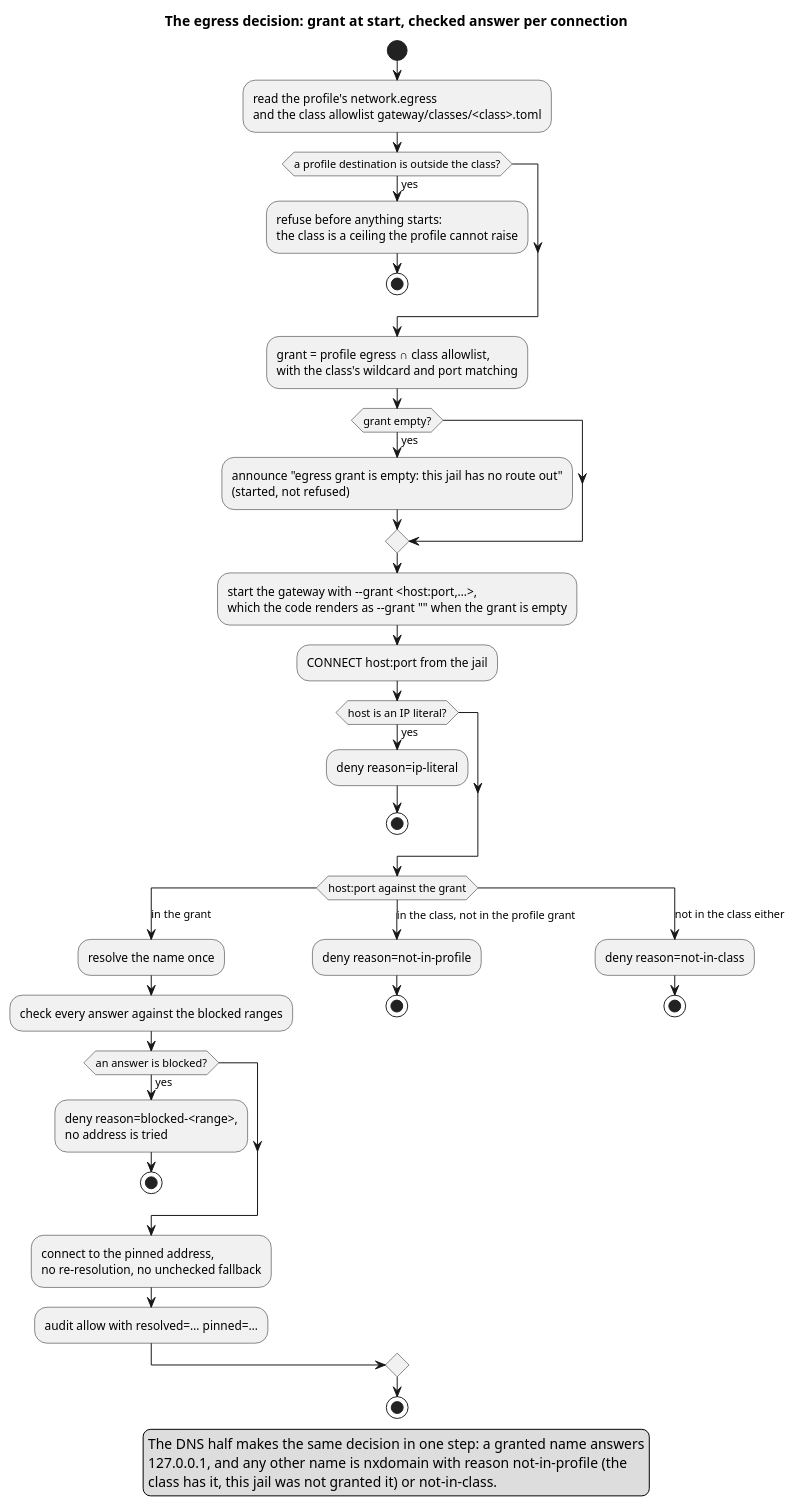
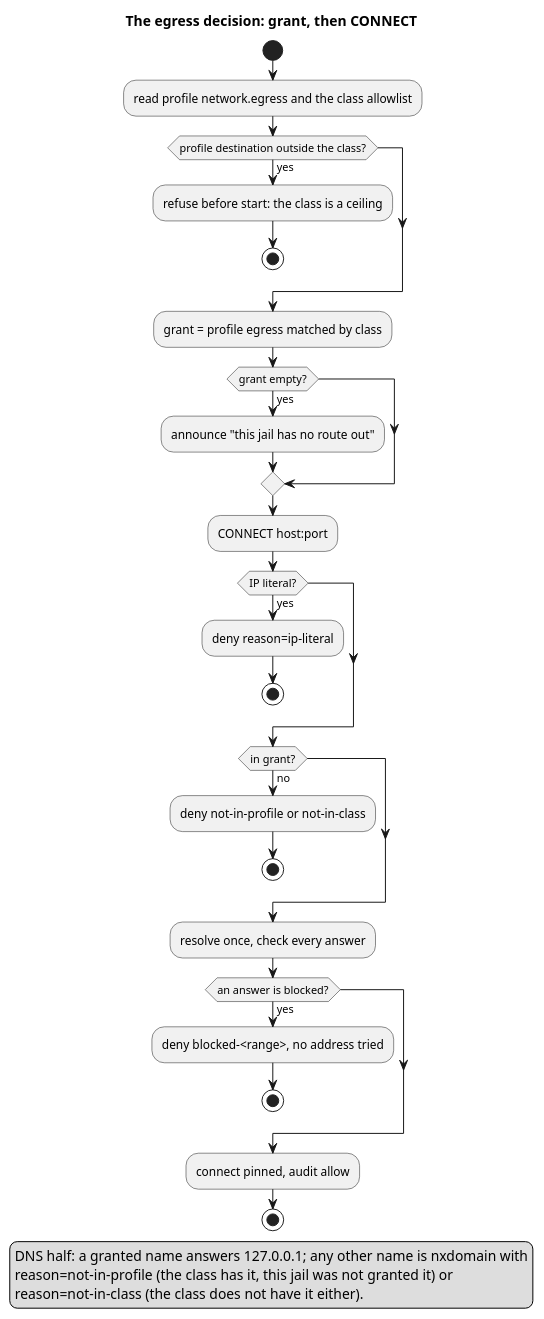
The diagram in docs/diagrams/egress-decision.puml (Breinich/agentjail), drawn with PlantUML before and after one commit. The commit also changed 11 other files, not shown here.

First line of the commit message:
docs(diagrams): split run-lifecycle, cut launcher arrows, narrow egress-decision

```diff
--- a/docs/diagrams/egress-decision.puml
+++ b/docs/diagrams/egress-decision.puml
@@ -1,50 +1,37 @@
 @startuml egress-decision
-' UML activity diagram only: actions, decisions, merges and notes, and no
-' other diagram or UML element type. The grant at run start, then one decision
-' per connection.
-' Source of record for docs/diagrams/egress-decision.svg. Do not edit the SVG:
-' render it with the pinned PlantUML image (docs/adopting.md).
-' &#45;&#45; is a literal "--": PlantUML reads --text-- as strikeout.
-title The egress decision: grant at start, checked answer per connection
+' UML activity diagram: the grant at start, then one CONNECT decision.
+' Source of record for egress-decision.svg - render with the pinned PlantUML image.
+title The egress decision: grant, then CONNECT
 
 start
-:read the profile's network.egress\nand the class allowlist gateway/classes/<class>.toml;
-if (a profile destination is outside the class?) then (yes)
-  :refuse before anything starts:\nthe class is a ceiling the profile cannot raise;
+:read profile network.egress and the class allowlist;
+if (profile destination outside the class?) then (yes)
+  :refuse before start: the class is a ceiling;
   stop
 endif
-:grant = profile egress ∩ class allowlist,\nwith the class's wildcard and port matching;
+:grant = profile egress matched by class;
 if (grant empty?) then (yes)
-  :announce "egress grant is empty: this jail has no route out"\n(started, not refused);
+  :announce "this jail has no route out";
 endif
-:start the gateway with &#45;&#45;grant <host:port,…>,
-which the code renders as &#45;&#45;grant "" when the grant is empty;
-:CONNECT host:port from the jail;
-if (host is an IP literal?) then (yes)
+:CONNECT host:port;
+if (IP literal?) then (yes)
   :deny reason=ip-literal;
   stop
 endif
-switch (host:port against the grant)
-case (in the grant)
-  :resolve the name once;
-  :check every answer against the blocked ranges;
-  if (an answer is blocked?) then (yes)
-    :deny reason=blocked-<range>,\nno address is tried;
-    stop
-  endif
-  :connect to the pinned address,\nno re-resolution, no unchecked fallback;
-  :audit allow with resolved=… pinned=…;
-case (in the class, not in the profile grant)
-  :deny reason=not-in-profile;
+if (in grant?) then (no)
+  :deny not-in-profile or not-in-class;
   stop
-case (not in the class either)
-  :deny reason=not-in-class;
+endif
+:resolve once, check every answer;
+if (an answer is blocked?) then (yes)
+  :deny blocked-<range>, no address tried;
   stop
-endswitch
+endif
+:connect pinned, audit allow;
 stop
-legend bottom
-  The DNS half makes the same decision in one step: a granted name answers
-  127.0.0.1, and any other name is nxdomain with reason not-in-profile (the
-  class has it, this jail was not granted it) or not-in-class.
+legend right
+  DNS half: a granted name answers 127.0.0.1; any other name is nxdomain with
+  reason=not-in-profile (the class has it, this jail was not granted it) or
+  reason=not-in-class (the class does not have it either).
 endlegend
 @enduml
```
